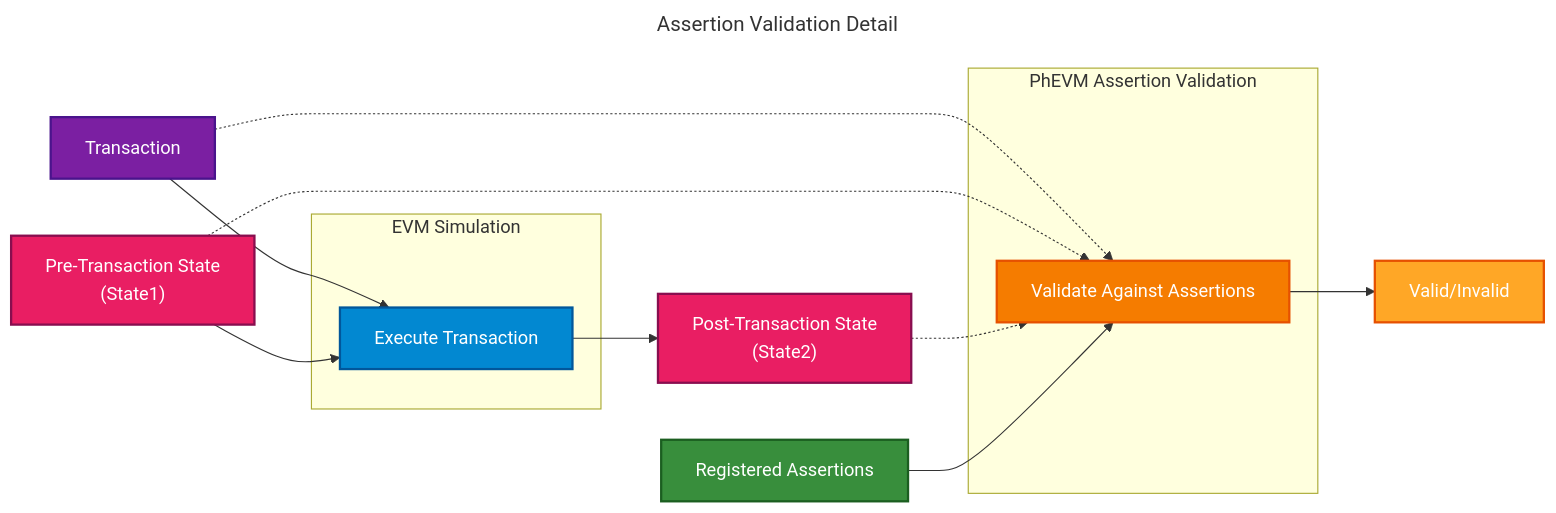
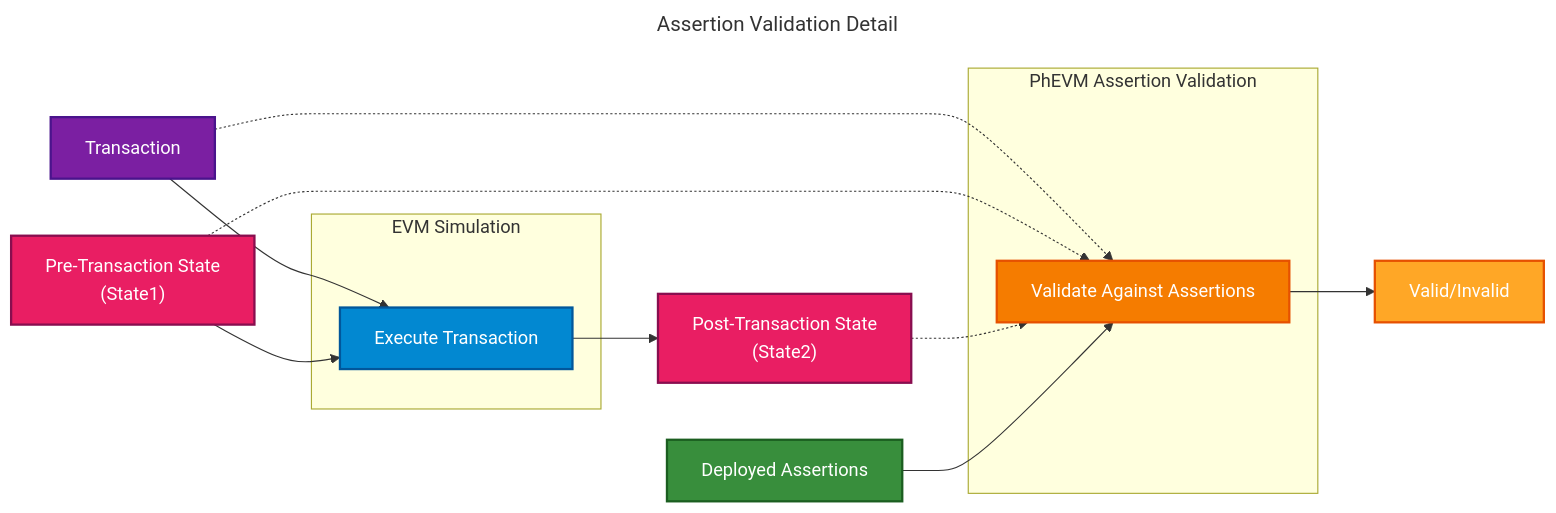
Before and after one commit to phylaxsystems/phylax-docs: the third of 3 diagrams in credible/architecture-overview.mdx, drawn with Mermaid. The commit also changed other lines of this file and 13 other files, not shown here.

````diff
--- a/credible/architecture-overview.mdx
+++ b/credible/architecture-overview.mdx
@@ -156,46 +156,46 @@
 ```mermaid
 ---
 title: Assertion Validation Detail
 ---
 flowchart LR
     TX["Transaction"]
     STATE1["Pre-Transaction State<br/>(State1)"]
 
     subgraph simulation["EVM Simulation"]
         EVM["Execute Transaction"]
     end
 
     STATE2["Post-Transaction State<br/>(State2)"]
 
     subgraph validation["PhEVM Assertion Validation"]
         PhEVM["Validate Against Assertions"]
     end
 
-    ASSERTIONS["Registered Assertions"]
+    ASSERTIONS["Deployed Assertions"]
     RESULT["Valid/Invalid"]
 
     TX --> EVM
     STATE1 --> EVM
     EVM --> STATE2
 
     TX -.-> PhEVM
     STATE1 -.-> PhEVM
     STATE2 -.-> PhEVM
     ASSERTIONS --> PhEVM
 
     PhEVM --> RESULT
 
     classDef state fill:#e91e63,stroke:#880e4f,stroke-width:2px,color:#fff
     classDef evm fill:#0288d1,stroke:#01579b,stroke-width:2px,color:#fff
     classDef phevm fill:#f57c00,stroke:#e65100,stroke-width:2px,color:#fff
     classDef assertions fill:#388e3c,stroke:#1b5e20,stroke-width:2px,color:#fff
     classDef tx fill:#7b1fa2,stroke:#4a148c,stroke-width:2px,color:#fff
     classDef result fill:#ffa726,stroke:#e65100,stroke-width:2px,color:#fff
 
     class STATE1,STATE2 state
     class EVM evm
     class PhEVM phevm
     class ASSERTIONS assertions
     class TX tx
     class RESULT result
 ```
````
